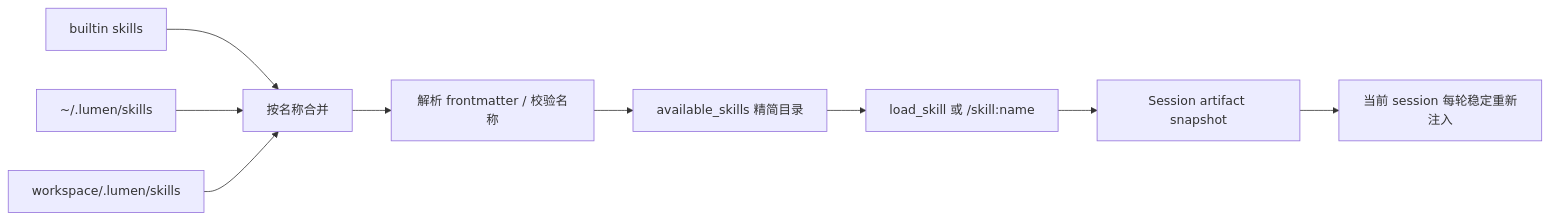
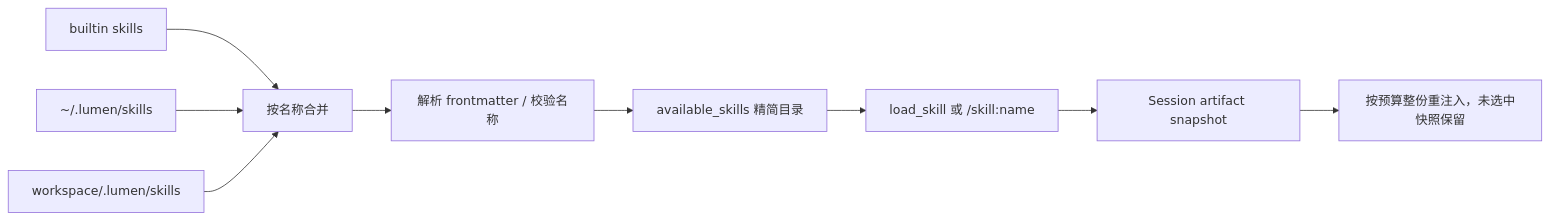
One commit to JasonYZzz/lumen changed the second of 2 diagrams in docs/architecture-guide/09-mcp-and-skills.md. Above: the diagram before and after it, drawn with Mermaid. The commit also changed other lines of this file and 54 other files, not shown here.

````diff
--- a/docs/architecture-guide/09-mcp-and-skills.md
+++ b/docs/architecture-guide/09-mcp-and-skills.md
@@ -102,11 +102,11 @@
 ```mermaid
 flowchart LR
     Builtin["builtin skills"] --> Merge["按名称合并"]
     User["~/.lumen/skills"] --> Merge
     Project["workspace/.lumen/skills"] --> Merge
     Merge --> Validate["解析 frontmatter / 校验名称"]
     Validate --> Catalog["available_skills 精简目录"]
     Catalog --> Load["load_skill 或 /skill:name"]
     Load --> Snapshot["Session artifact snapshot"]
-    Snapshot --> Context["当前 session 每轮稳定重新注入"]
+    Snapshot --> Context["按预算整份重注入，未选中快照保留"]
 ```
````
